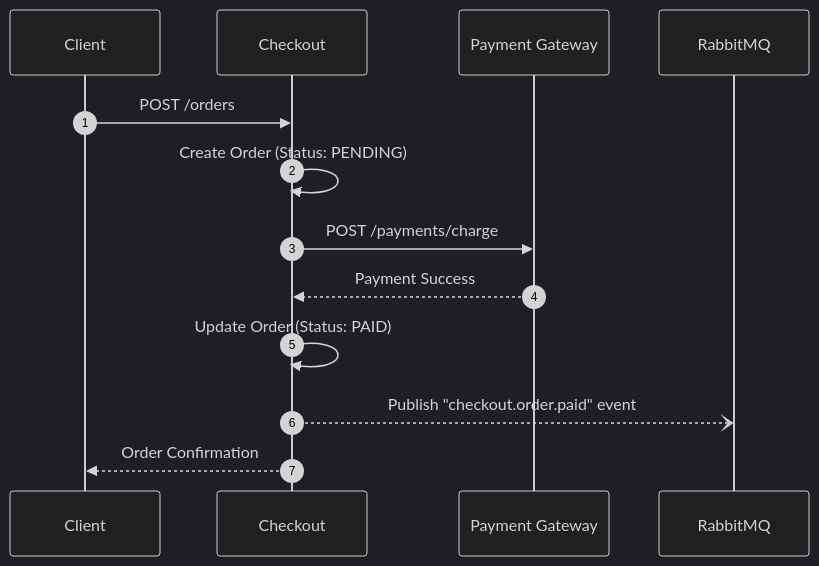
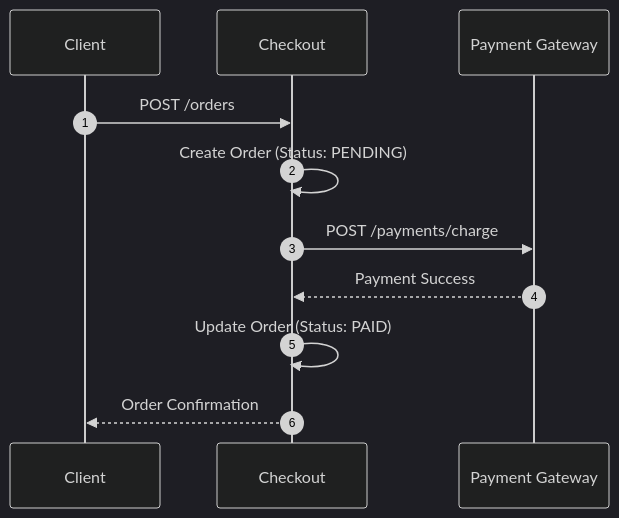
The diagram in modules/checkout/index.md (Labs64/labs64.io-docs), drawn with Mermaid (dark theme) before and after one commit. The commit also changed other lines of this file and 6 other files, not shown here.

````diff
--- a/modules/checkout/index.md
+++ b/modules/checkout/index.md
@@ -24,16 +23,14 @@
 ```mermaid
 sequenceDiagram
     autonumber
     participant C as Client
     participant CO as Checkout
     participant PG as Payment Gateway
-    participant MQ as RabbitMQ
 
     C->>CO: POST /orders
     CO->>CO: Create Order (Status: PENDING)
     CO->>PG: POST /payments/charge
     PG-->>CO: Payment Success
     CO->>CO: Update Order (Status: PAID)
-    CO--)MQ: Publish "checkout.order.paid" event
     CO-->>C: Order Confirmation
 ```
````
